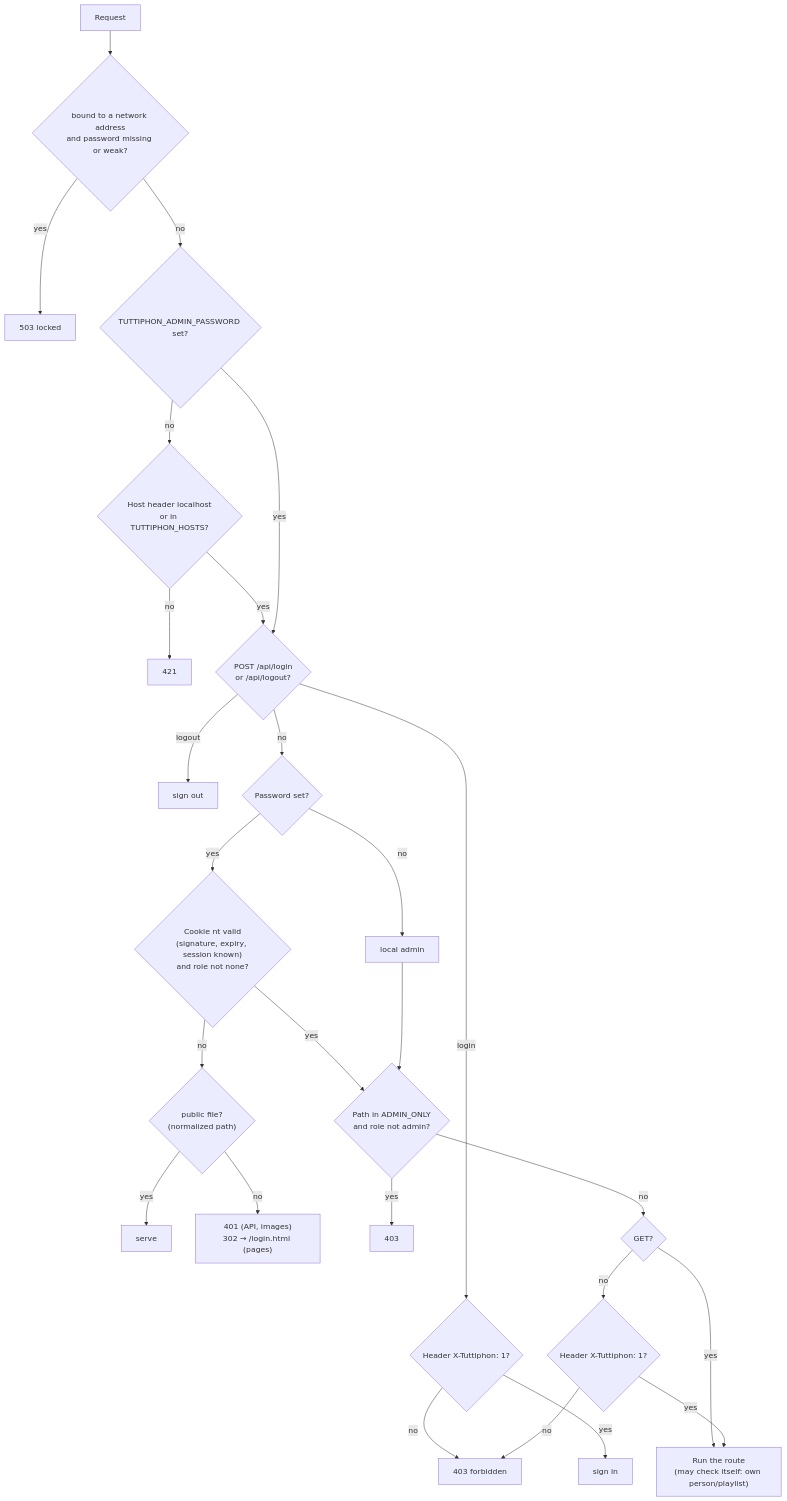
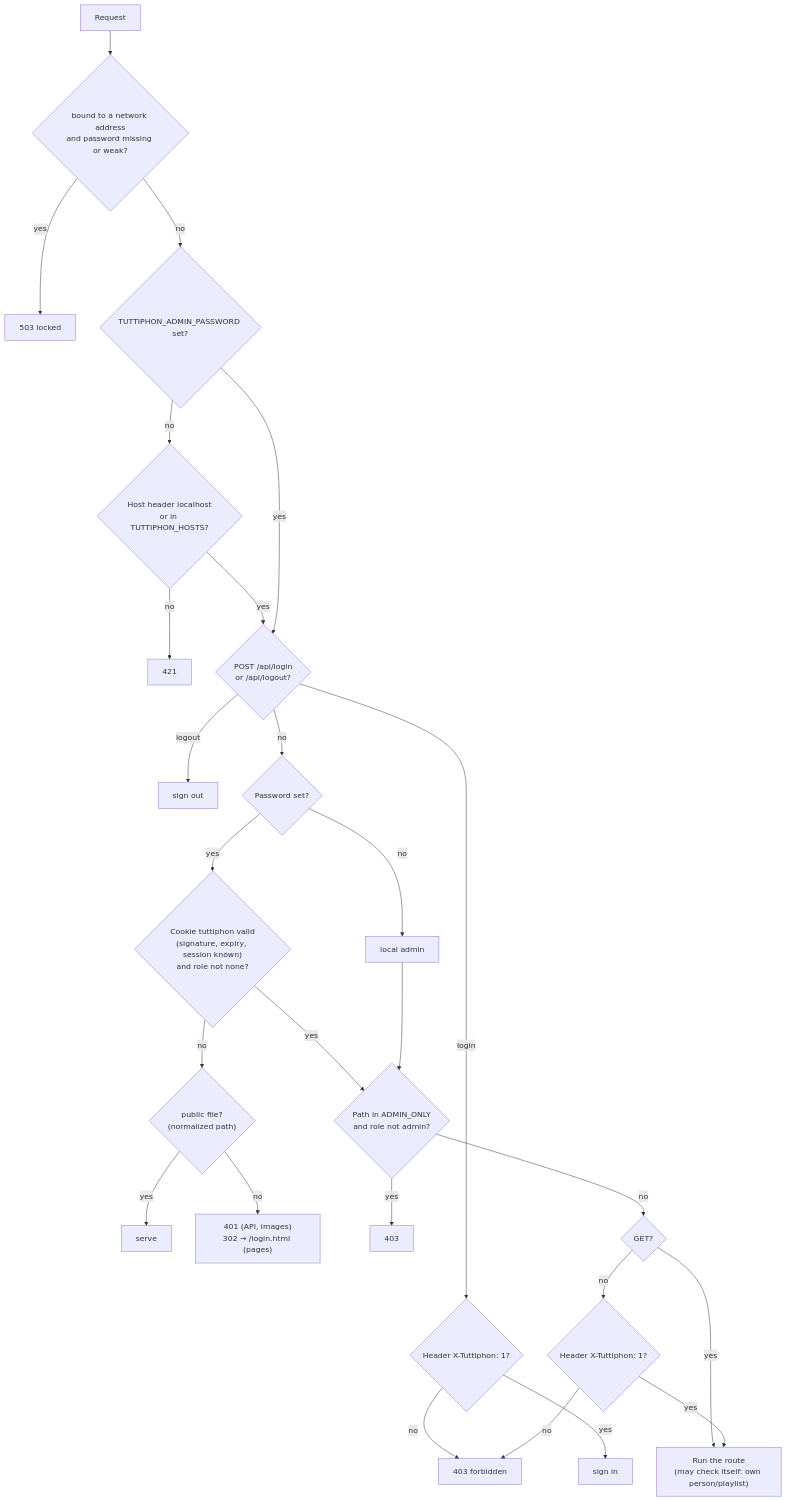
Before and after one commit to seluce/Tuttiphon: the diagram in docs/07-security.md, drawn with Mermaid. The commit also changed other lines of this file and 49 other files, not shown here.

````diff
--- a/docs/07-security.md
+++ b/docs/07-security.md
@@ -32,28 +31,28 @@
 ```mermaid
 flowchart TD
     R["Request"] --> N{"bound to a network address<br/>and password missing or weak?"}
     N -- yes --> E503["503 locked"]
     N -- no --> P{"TUTTIPHON_ADMIN_PASSWORD set?"}
     P -- no --> H{"Host header localhost<br/>or in TUTTIPHON_HOSTS?"}
     H -- no --> E421["421"]
     H -- yes --> L
     P -- yes --> L{"POST /api/login<br/>or /api/logout?"}
     L -- login --> XL{"Header X-Tuttiphon: 1?"}
     XL -- no --> F403
     XL -- yes --> LX["sign in"]
     L -- logout --> LO["sign out"]
     L -- no --> M{"Password set?"}
     M -- no --> LOC["local admin"]
-    M -- yes --> T{"Cookie nt valid<br/>(signature, expiry, session known)<br/>and role not none?"}
+    M -- yes --> T{"Cookie tuttiphon valid<br/>(signature, expiry, session known)<br/>and role not none?"}
     T -- no --> PUB{"public file?<br/>(normalized path)"}
     PUB -- yes --> ST["serve"]
     PUB -- no --> E401["401 (API, images)<br/>302 → /login.html (pages)"]
     T -- yes --> A
     LOC --> A{"Path in ADMIN_ONLY<br/>and role not admin?"}
     A -- yes --> E403["403"]
     A -- no --> G{"GET?"}
     G -- yes --> RUN["Run the route<br/>(may check itself: own person/playlist)"]
     G -- no --> X{"Header X-Tuttiphon: 1?"}
     X -- no --> F403["403 forbidden"]
     X -- yes --> RUN
 ```
````
